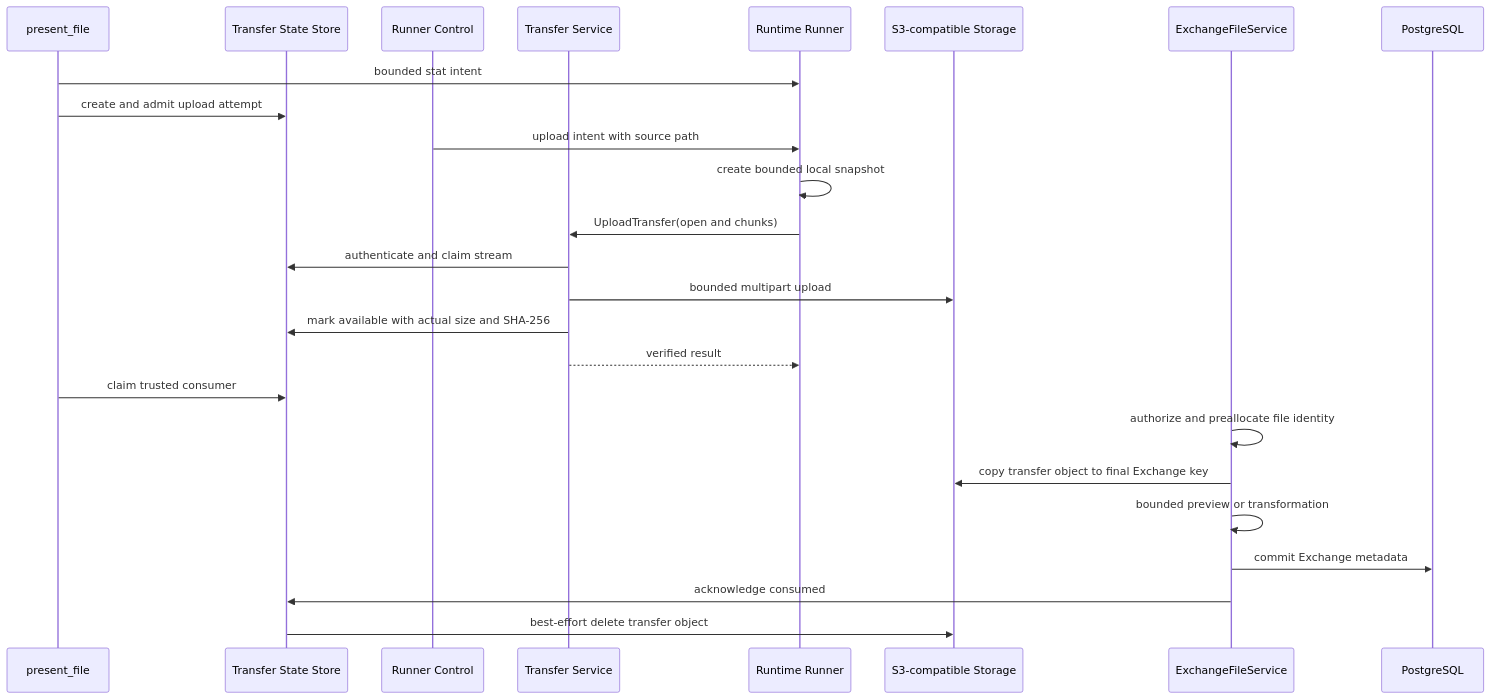
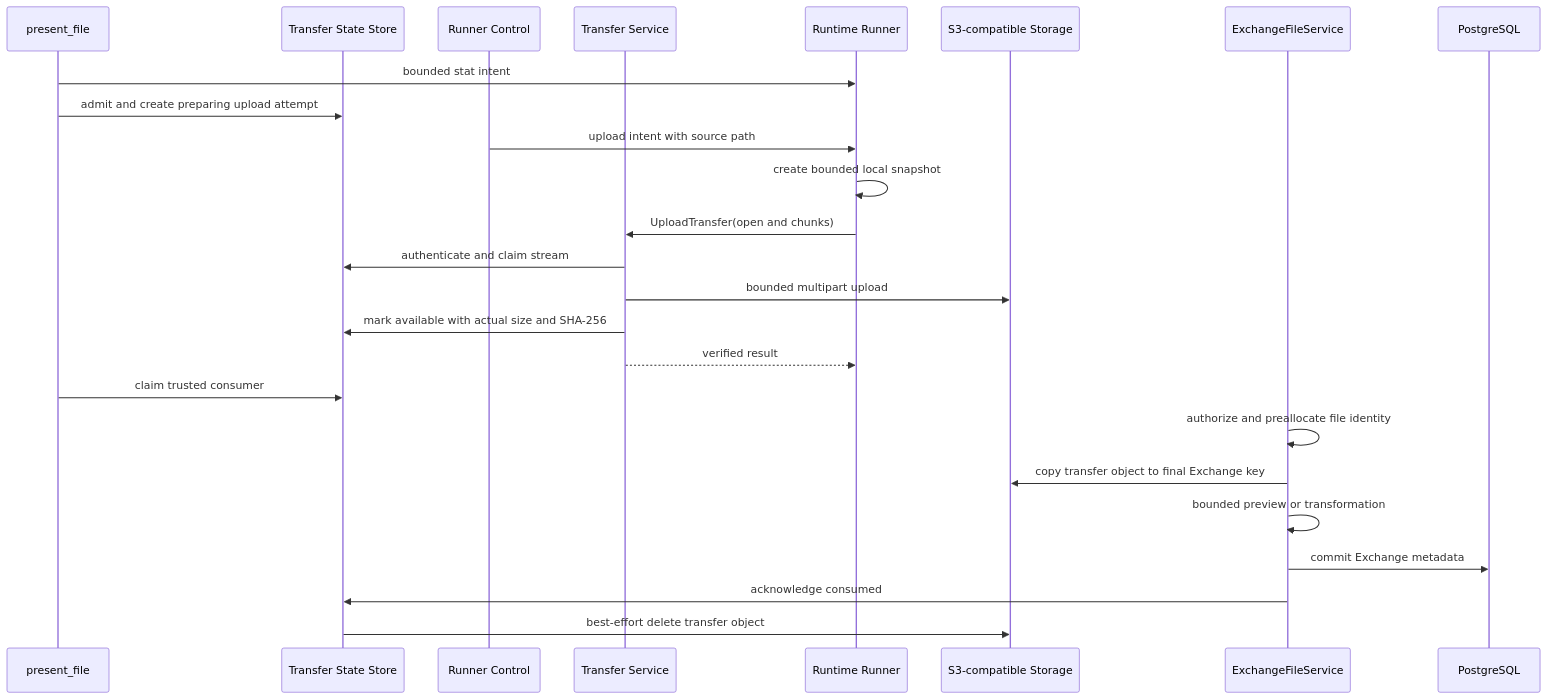
One commit to azents/azents changed the fourth of 4 diagrams in docs/azents/design/transfer-260725-runtime-file-transfer.md. Above: the diagram before and after it, drawn with Mermaid. The commit also changed other lines of this file, not shown here.

````diff
--- a/docs/azents/design/transfer-260725-runtime-file-transfer.md
+++ b/docs/azents/design/transfer-260725-runtime-file-transfer.md
@@ -380,28 +389,28 @@
 ```mermaid
 sequenceDiagram
     participant Tool as present_file
     participant State as Transfer State Store
     participant Control as Runner Control
     participant Transfer as Transfer Service
     participant Runner as Runtime Runner
     participant S3 as S3-compatible Storage
     participant Exchange as ExchangeFileService
     participant DB as PostgreSQL
 
     Tool->>Runner: bounded stat intent
-    Tool->>State: create and admit upload attempt
+    Tool->>State: admit and create preparing upload attempt
     Control->>Runner: upload intent with source path
     Runner->>Runner: create bounded local snapshot
     Runner->>Transfer: UploadTransfer(open and chunks)
     Transfer->>State: authenticate and claim stream
     Transfer->>S3: bounded multipart upload
     Transfer->>State: mark available with actual size and SHA-256
     Transfer-->>Runner: verified result
     Tool->>State: claim trusted consumer
     Exchange->>Exchange: authorize and preallocate file identity
     Exchange->>S3: copy transfer object to final Exchange key
     Exchange->>Exchange: bounded preview or transformation
     Exchange->>DB: commit Exchange metadata
     Exchange->>State: acknowledge consumed
     State->>S3: best-effort delete transfer object
 ```
````
